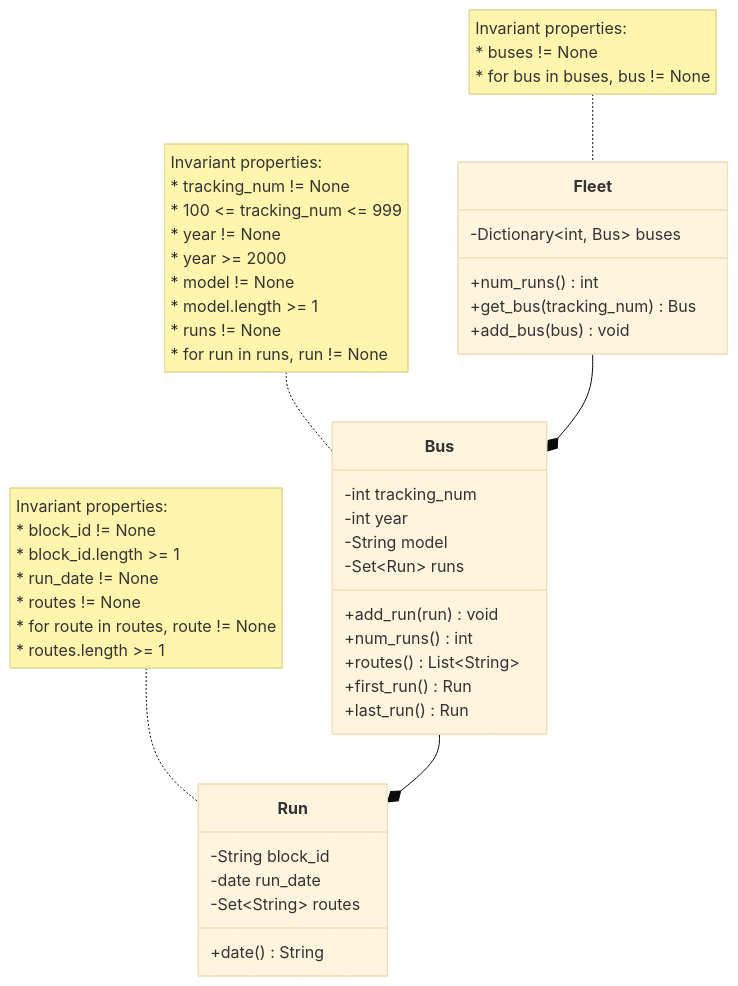
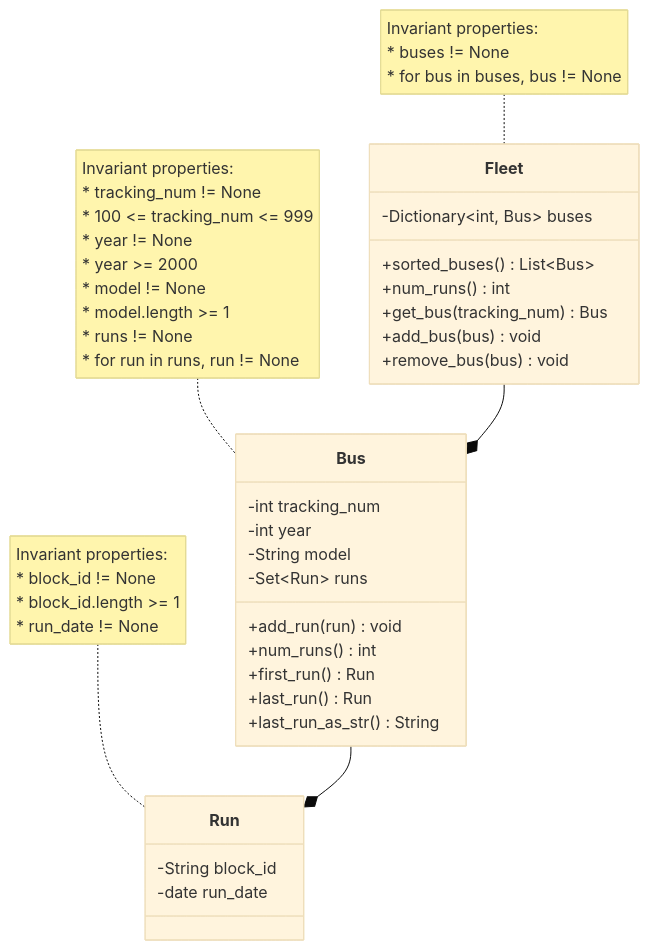
One commit to Michel-Prejet/zeb-tracker changed the diagram in domain.md. Above: the diagram before and after it, drawn with Mermaid (base theme). The commit also changed 21 other files, not shown here.

Commit message:
Append more bus info in ViewFleetFrame. Remove routes from Run and Bus classes. Add WT GTFS data for later use

````diff
--- a/domain.md
+++ b/domain.md
@@ -5,60 +5,56 @@
 ```mermaid
 classDiagram
     class Fleet {
         -Dictionary~int, Bus~ buses
         
+        +sorted_buses() List~Bus~
         +num_runs() int
         +get_bus(tracking_num) Bus
         +add_bus(bus) void
+        +remove_bus(bus) void
     }
     
     note for Fleet"Invariant properties:
     * buses != None
     * for bus in buses, bus != None
     "
     
     Fleet --* Bus
     
     class Bus {
         -int tracking_num
         -int year
         -String model
         -Set~Run~ runs
         
         +add_run(run) void
         +num_runs() int
-        +routes() List~String~
         +first_run() Run
         +last_run() Run
+        +last_run_as_str() String
     }
 
     note for Bus "Invariant properties:
     * tracking_num != None
     * 100 <= tracking_num <= 999
     * year != None
     * year >= 2000
     * model != None
     * model.length >= 1
     * runs != None
     * for run in runs, run != None
     "
     
     Bus --* Run
     
     class Run {
         -String block_id
         -date run_date
-        -Set~String~ routes
-        
-        +date() String
     }
     
     note for Run"Invariant properties:
     * block_id != None
     * block_id.length >= 1
     * run_date != None
-    * routes != None
-    * for route in routes, route != None
-    * routes.length >= 1
     "
 ```
````
